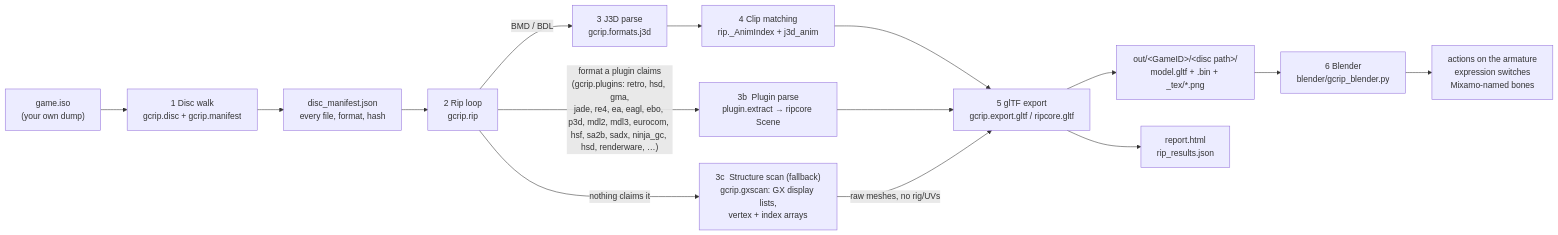
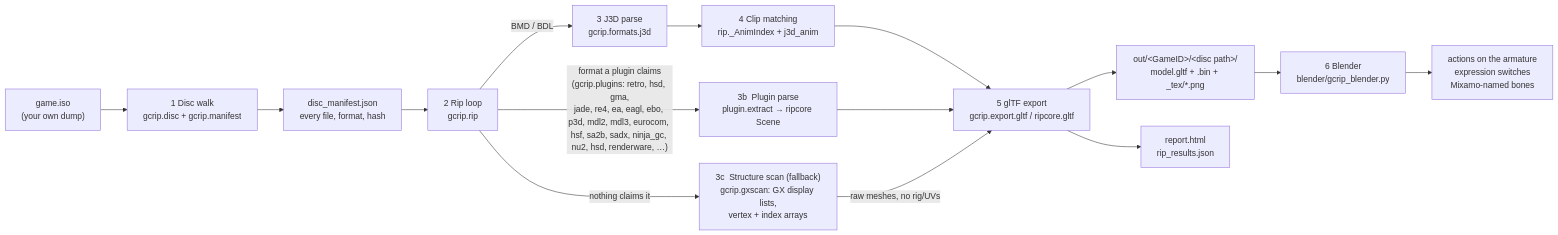
The first of 9 diagrams in docs/PIPELINE.md (Felbs/3d-ripper-9000), drawn with Mermaid before and after one commit. The commit also changed other lines of this file and 5 other files, not shown here.

````diff
--- a/docs/PIPELINE.md
+++ b/docs/PIPELINE.md
@@ -11,17 +11,17 @@
 ```mermaid
 flowchart LR
     ISO["game.iso<br/>(your own dump)"] --> WALK["1  Disc walk<br/>gcrip.disc + gcrip.manifest"]
     WALK --> MAN["disc_manifest.json<br/>every file, format, hash"]
     MAN --> RIP["2  Rip loop<br/>gcrip.rip"]
     RIP -->|"BMD / BDL"| J3D["3  J3D parse<br/>gcrip.formats.j3d"]
-    RIP -->|"format a plugin claims<br/>(gcrip.plugins: retro, hsd, gma,<br/>jade, re4, ea, eagl, ebo, p3d, mdl2, mdl3, eurocom, hsf, sa2b, sadx, ninja_gc, hsd, renderware, …)"| PLUG["3b  Plugin parse<br/>plugin.extract → ripcore Scene"]
+    RIP -->|"format a plugin claims<br/>(gcrip.plugins: retro, hsd, gma,<br/>jade, re4, ea, eagl, ebo, p3d, mdl2, mdl3, eurocom, hsf, sa2b, sadx, ninja_gc, nu2, hsd, renderware, …)"| PLUG["3b  Plugin parse<br/>plugin.extract → ripcore Scene"]
     RIP -->|"nothing claims it"| GX["3c  Structure scan (fallback)<br/>gcrip.gxscan: GX display lists,<br/>vertex + index arrays"]
     J3D --> ANIM["4  Clip matching<br/>rip._AnimIndex + j3d_anim"]
     ANIM --> GLTF["5  glTF export<br/>gcrip.export.gltf / ripcore.gltf"]
     PLUG --> GLTF
     GX -->|"raw meshes, no rig/UVs"| GLTF
     GLTF --> OUT["out/&lt;GameID&gt;/&lt;disc path&gt;/<br/>model.gltf + .bin + _tex/*.png"]
     GLTF --> REP["report.html<br/>rip_results.json"]
     OUT --> BL["6  Blender<br/>blender/gcrip_blender.py"]
     BL --> PLAY["actions on the armature<br/>expression switches<br/>Mixamo-named bones"]
 ```
````
